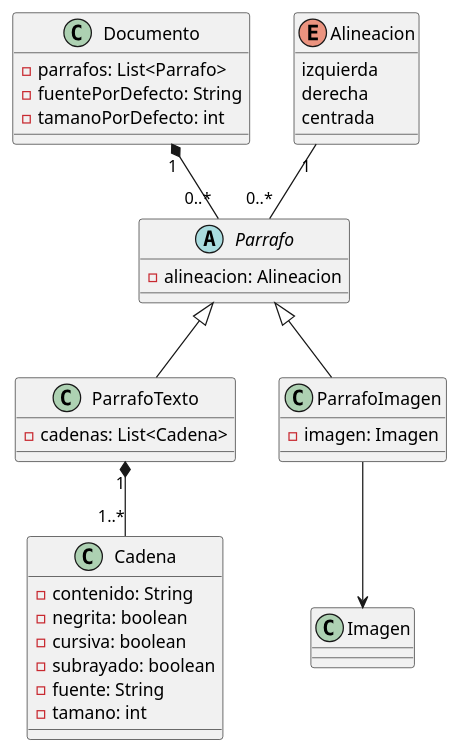
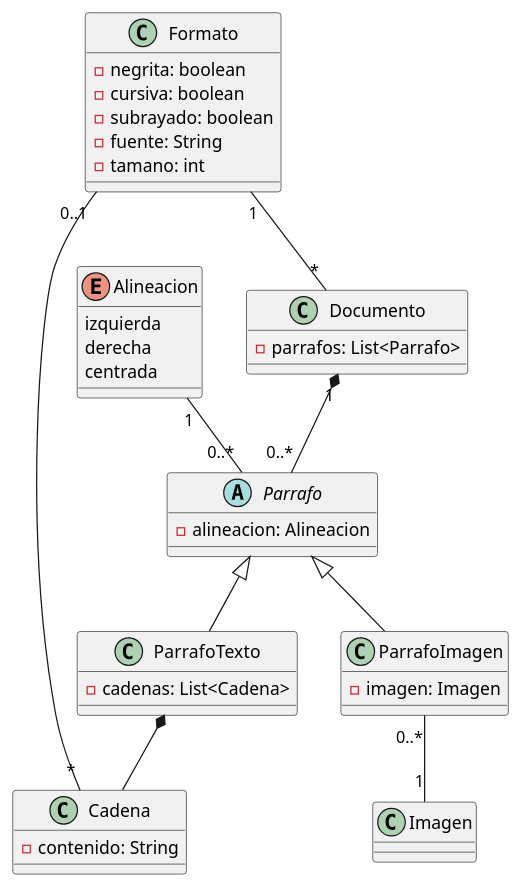
The fourth of 16 diagrams in entornos-de-desarrollo/apuntes/6/ED-06-uml.org (alvarogonzalezsotillo/apuntes-clase), drawn with PlantUML before and after one commit. The commit also changed other lines of this file and 20 other files, not shown here.

Commit message:
mejores diagramas

```diff
--- a/entornos-de-desarrollo/apuntes/6/ED-06-uml.org
+++ b/entornos-de-desarrollo/apuntes/6/ED-06-uml.org
@@ -245,50 +250,54 @@
 #+begin_src plantuml :file media/procesador-de-texto.svg
 @startuml
 
 class Documento {
   - parrafos: List<Parrafo>
-  - fuentePorDefecto: String
-  - tamanoPorDefecto: int
 }
-
 abstract class Parrafo {
   - alineacion: Alineacion
 }
 
 class ParrafoTexto {
   - cadenas: List<Cadena>
 }
 
 class ParrafoImagen {
   - imagen: Imagen
 }
 
 class Cadena {
   - contenido: String
+}
+
+class Formato{
   - negrita: boolean
   - cursiva: boolean
   - subrayado: boolean
   - fuente: String
   - tamano: int
 }
 
-class Imagen
+class Imagen{
+}
 
 enum Alineacion {
   izquierda
   derecha
   centrada
 }
 
 Alineacion "1" -- "0..*" Parrafo
 
 Documento "1" *-- "0..*" Parrafo
 Parrafo <|-- ParrafoTexto
 Parrafo <|-- ParrafoImagen
 
-ParrafoTexto "1" *-- "1..*" Cadena
-ParrafoImagen --> Imagen
+ParrafoTexto  *-- Cadena
 
+Formato "0..1" -- "*" Cadena
+
+Formato "1" -- "*" Documento
+
+ParrafoImagen "0..*" -- "1" Imagen
 @enduml
-  
 #+end_src
```
